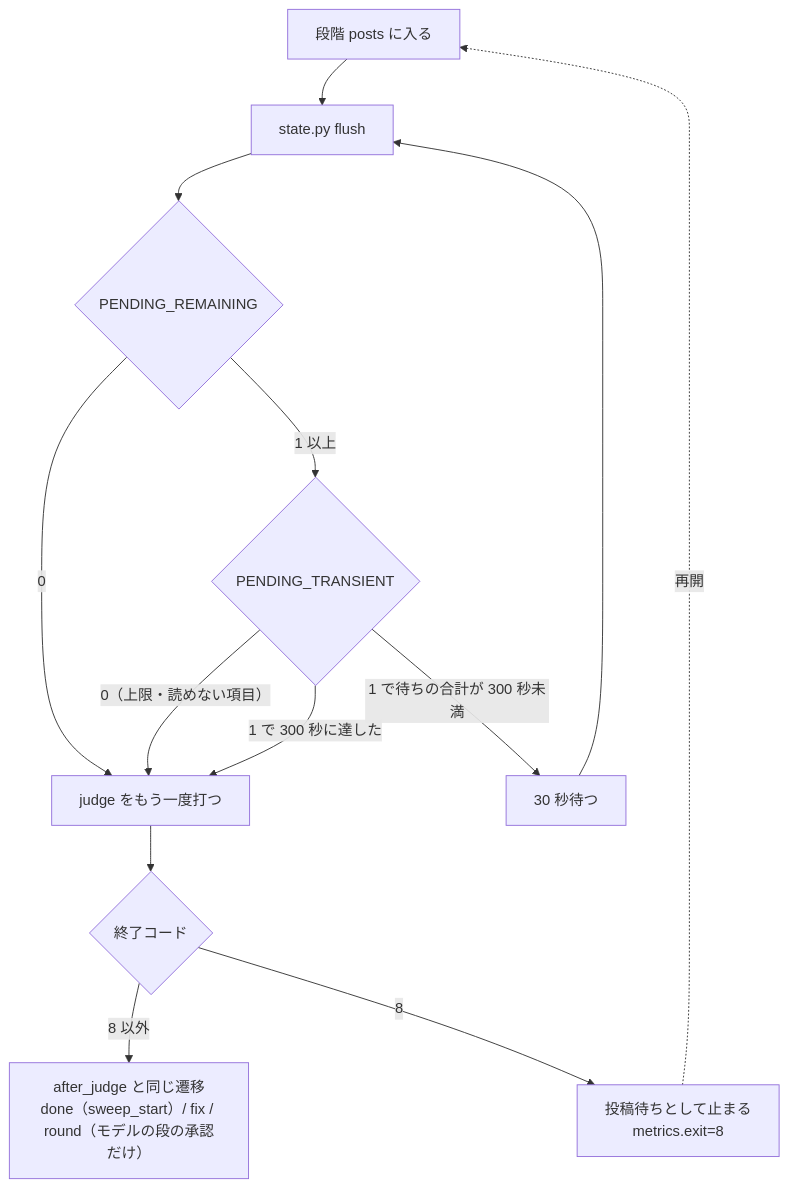
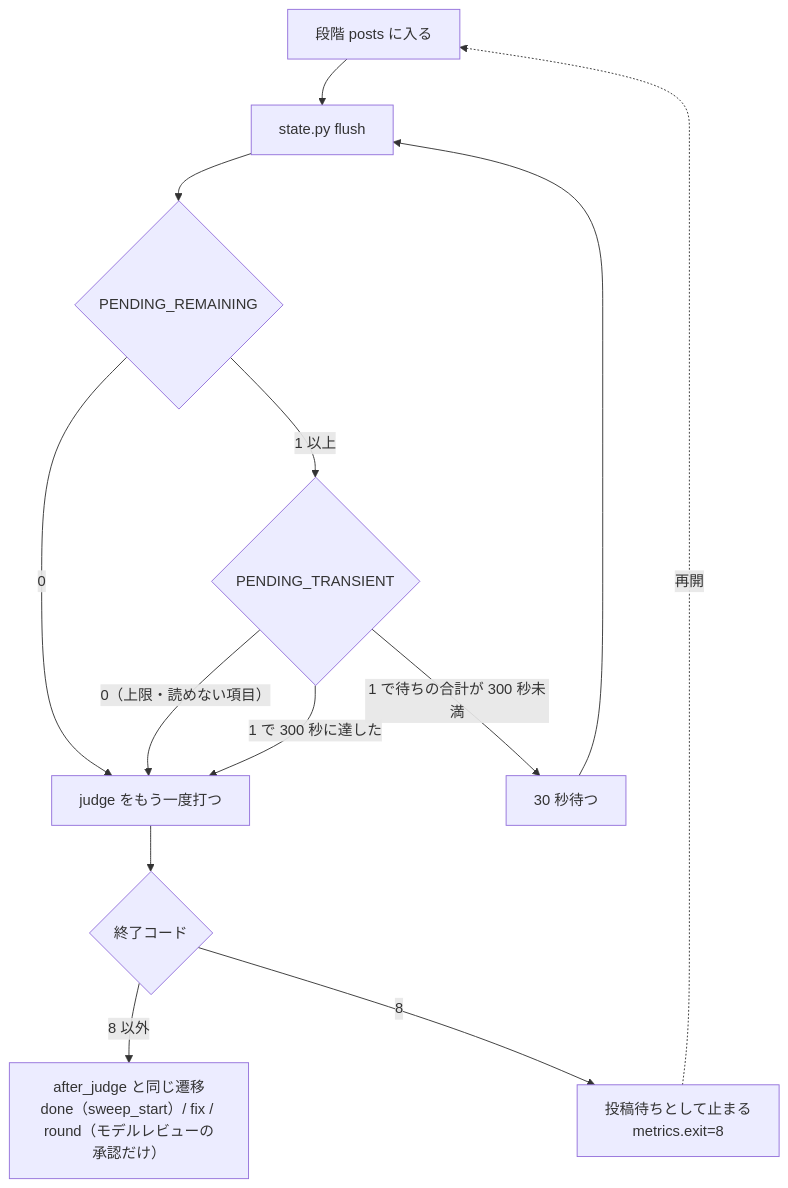
The fourth of 5 diagrams in issues/issue-1843-design.md (devbasex/ai-plugins), drawn with Mermaid before and after one commit. The commit also changed other lines of this file, not shown here.

````diff
--- a/issues/issue-1843-design.md
+++ b/issues/issue-1843-design.md
@@ -217,14 +217,14 @@
 ```mermaid
 graph TD
     A[段階 posts に入る] --> B[state.py flush]
     B --> C{PENDING_REMAINING}
     C -- 0 --> J[judge をもう一度打つ]
     C -- 1 以上 --> E{PENDING_TRANSIENT}
     E -- 1 で待ちの合計が 300 秒未満 --> W[30 秒待つ] --> B
     E -- 0（上限・読めない項目） --> J
     E -- 1 で 300 秒に達した --> J
     J --> K{終了コード}
-    K -- 8 以外 --> N[after_judge と同じ遷移<br/>done（sweep_start）/ fix / round（モデルの段の承認だけ）]
+    K -- 8 以外 --> N[after_judge と同じ遷移<br/>done（sweep_start）/ fix / round（モデルレビューの承認だけ）]
     K -- 8 --> S[投稿待ちとして止まる<br/>metrics.exit=8]
     S -. 再開 .-> A
 ```
````
